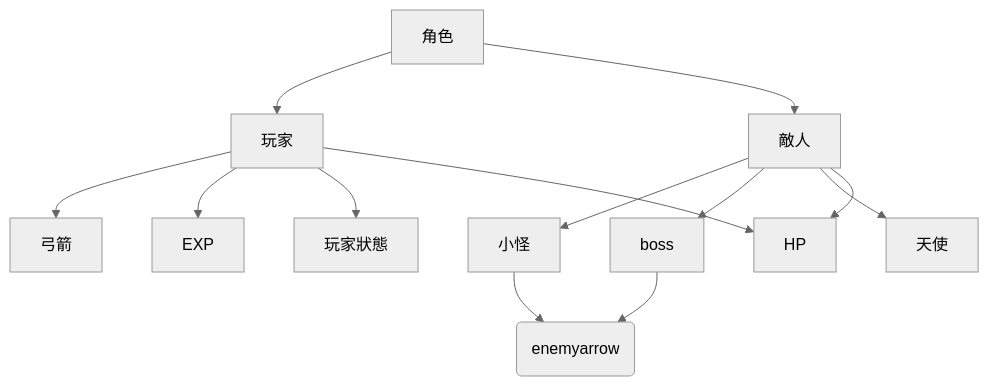
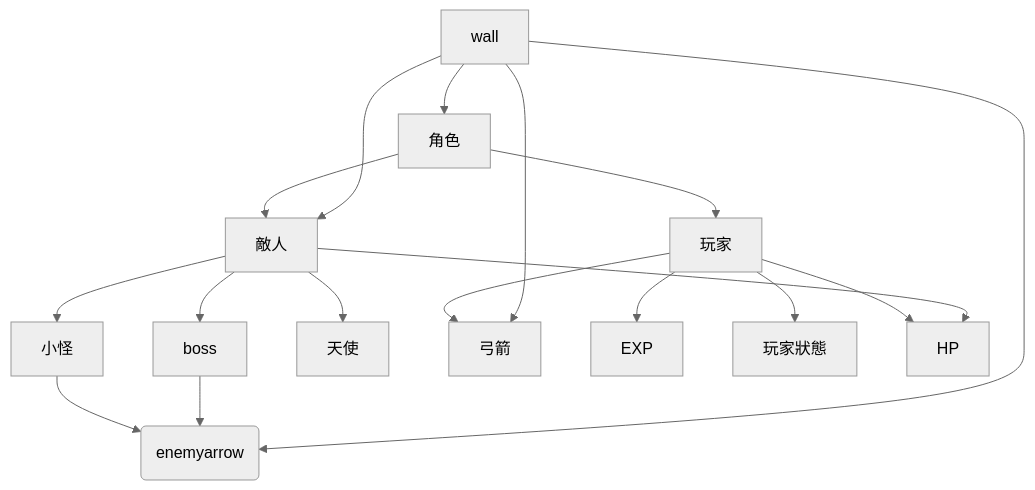
Before and after one commit to Du-Brandon/oop_game: the diagram in final_report/2025OOPL_Final.md, drawn with Mermaid (neutral theme).

Commit message:
4.9.0 25關完成，bugfix

````diff
--- a/final_report/2025OOPL_Final.md
+++ b/final_report/2025OOPL_Final.md
@@ -32,20 +32,26 @@
 ```mermaid
 graph TD
     角色 --> 玩家
     角色 --> 敵人
 
     敵人 --> 小怪
     敵人 --> boss
     敵人 --> 天使
 
     玩家 --> 弓箭
     小怪 --> 敵人弓箭(enemyarrow)
     boss --> 敵人弓箭(enemyarrow)
 
     玩家 --> EXP
     玩家 --> 玩家狀態
 
     玩家 --> HP
     敵人 --> HP
 
+    wall --> 角色
+    wall --> 弓箭
+    wall --> 敵人
+    wall --> 敵人弓箭(enemyarrow)
+
+
 ```
````
